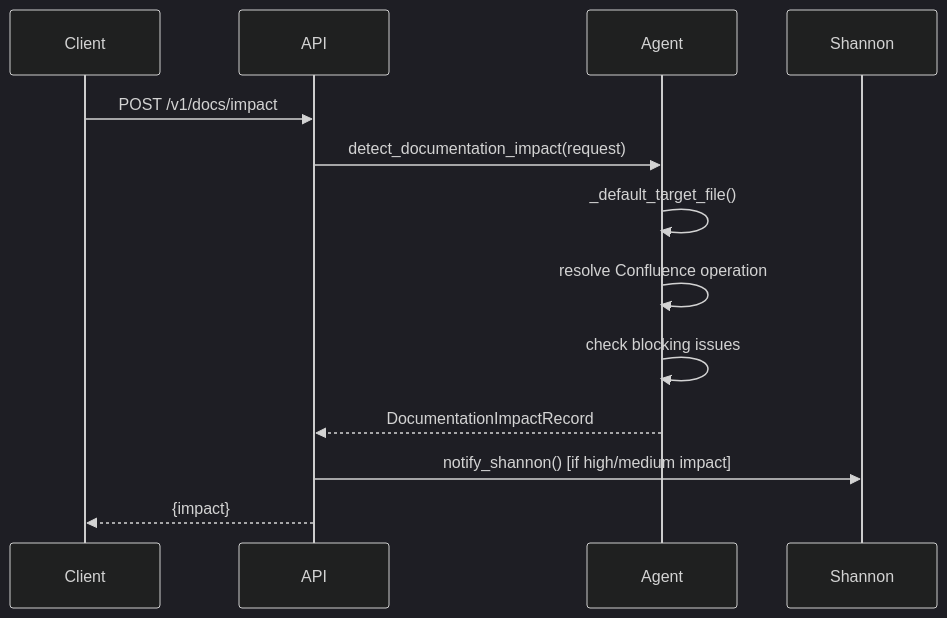
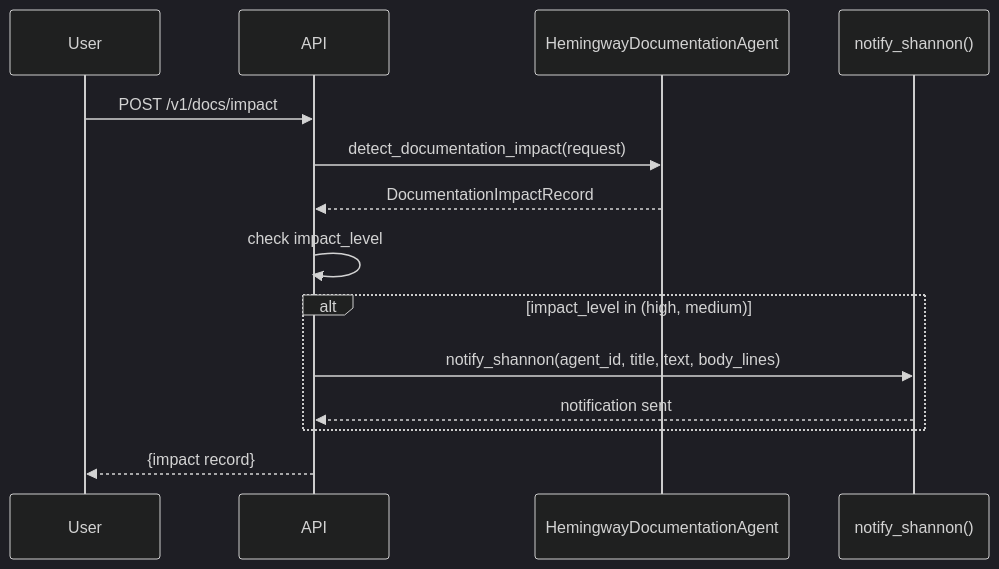
One commit to jmac-cornelis/agent-workforce changed the fourth of 4 diagrams in docs/agents-hemingway.md. Above: the diagram before and after it, drawn with Mermaid (dark theme). The commit also changed other lines of this file and 7 other files, not shown here.

````diff
--- a/docs/agents-hemingway.md
+++ b/docs/agents-hemingway.md
@@ -103,16 +104,17 @@
 ```mermaid
 sequenceDiagram
-    participant Client
+    participant User
     participant API
-    participant Agent
-    participant Shannon
+    participant Agent as HemingwayDocumentationAgent
+    participant Shannon as notify_shannon()
     
-    Client->>API: POST /v1/docs/impact
+    User->>API: POST /v1/docs/impact
     API->>Agent: detect_documentation_impact(request)
-    Agent->>Agent: _default_target_file()
-    Agent->>Agent: resolve Confluence operation
-    Agent->>Agent: check blocking issues
     Agent-->>API: DocumentationImpactRecord
-    API->>Shannon: notify_shannon() [if high/medium impact]
-    API-->>Client: {impact}
+    API->>API: check impact_level
+    alt impact_level in (high, medium)
+        API->>Shannon: notify_shannon(agent_id, title, text, body_lines)
+        Shannon-->>API: notification sent
+    end
+    API-->>User: {impact record}
 ```
````
